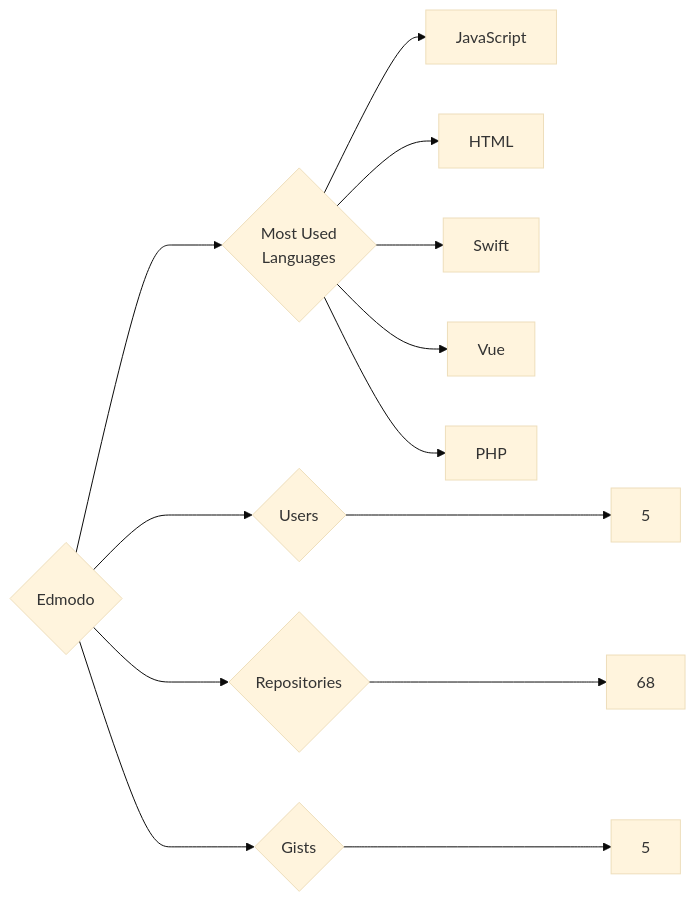
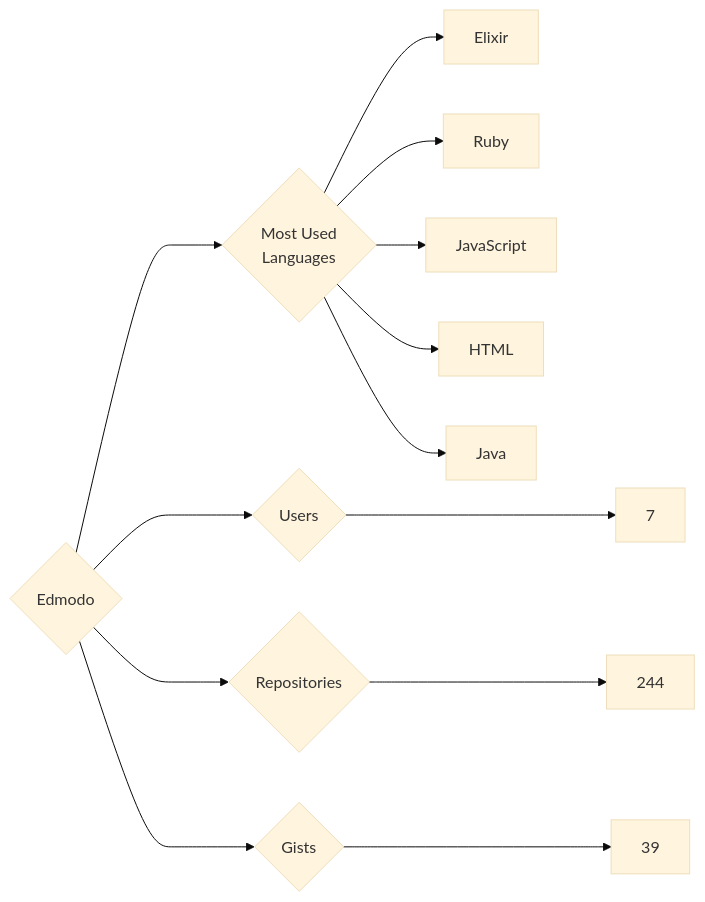
One commit to trickest/insiders changed the diagram in targets/Edmodo/README.md. Above: the diagram before and after it, drawn with Mermaid (base theme). The commit also changed 1088 other files, not shown here.

````diff
--- a/targets/Edmodo/README.md
+++ b/targets/Edmodo/README.md
@@ -3,13 +3,13 @@
 ```mermaid
 graph LR
 COMPANY_NAME{Edmodo}
-COMPANY_NAME ---> U{Users} ---> UN[5]
-COMPANY_NAME ---> R{Repositories} ---> RN[68]
-COMPANY_NAME ---> G{Gists} ---> GN[5]
+COMPANY_NAME ---> U{Users} ---> UN[7]
+COMPANY_NAME ---> R{Repositories} ---> RN[244]
+COMPANY_NAME ---> G{Gists} ---> GN[39]
 COMPANY_NAME ---> ML{Most Used<br>Languages}
+ML --> Elixir[Elixir]
+ML --> Ruby[Ruby]
 ML --> JavaScript[JavaScript]
 ML --> HTML[HTML]
-ML --> Swift[Swift]
-ML --> Vue[Vue]
-ML --> PHP[PHP]
+ML --> Java[Java]
 ```
````
